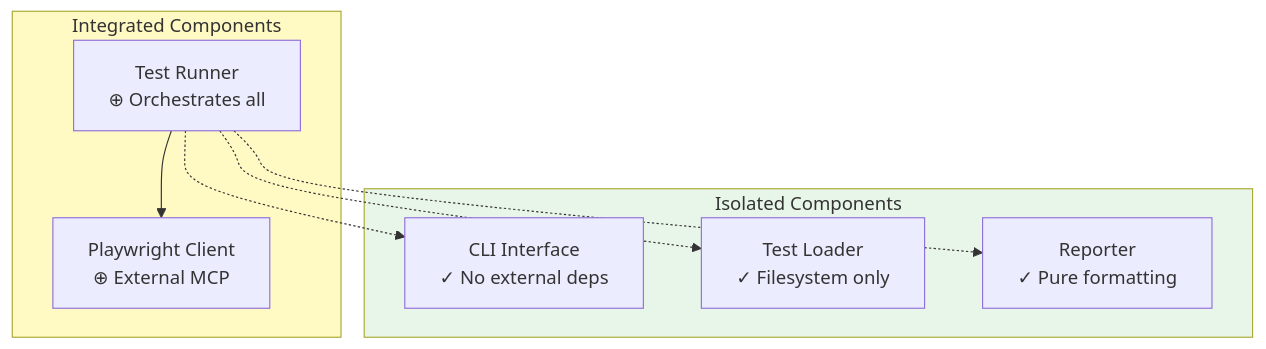
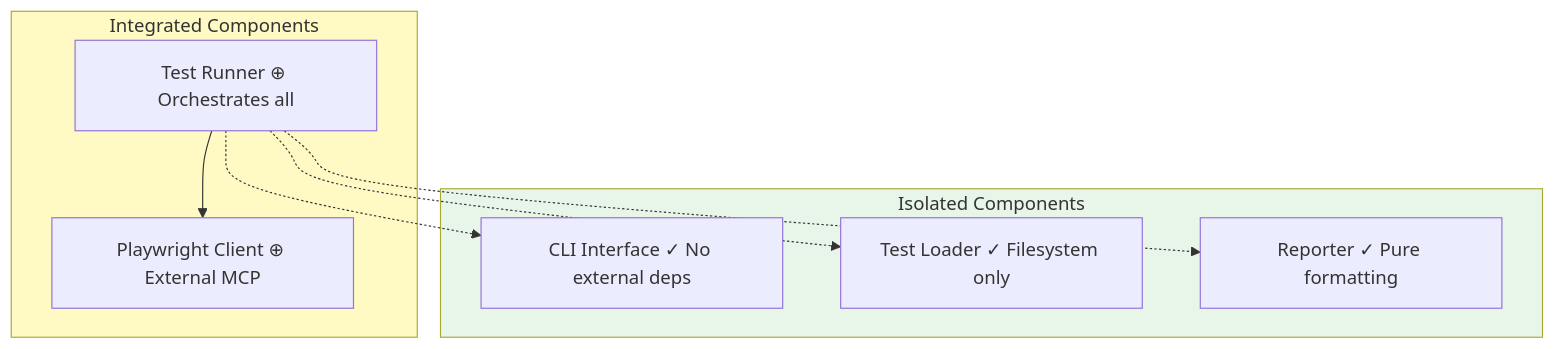
Before and after one commit to softwarewrighter/ui-test-rs: the sixth of 14 diagrams in wiki/Architecture.md, drawn with Mermaid. The commit also changed other lines of this file and 10 other files, not shown here.

First line of the commit message:
Fix wiki Mermaid diagrams: remove <br/> tags

````diff
--- a/wiki/Architecture.md
+++ b/wiki/Architecture.md
@@ -227,21 +227,21 @@
 ```mermaid
 flowchart TB
     subgraph Isolated["Isolated Components"]
-        CLI2[CLI Interface<br/>✓ No external deps]
-        Loader2[Test Loader<br/>✓ Filesystem only]
-        Reporter2[Reporter<br/>✓ Pure formatting]
+        CLI2[CLI Interface ✓ No external deps]
+        Loader2[Test Loader ✓ Filesystem only]
+        Reporter2[Reporter ✓ Pure formatting]
     end
 
     subgraph Integrated["Integrated Components"]
-        Runner2[Test Runner<br/>⊕ Orchestrates all]
-        PW2[Playwright Client<br/>⊕ External MCP]
+        Runner2[Test Runner ⊕ Orchestrates all]
+        PW2[Playwright Client ⊕ External MCP]
     end
 
     Runner2 -.-> CLI2
     Runner2 -.-> Loader2
     Runner2 -.-> Reporter2
     Runner2 --> PW2
 
     style Isolated fill:#e8f5e9
     style Integrated fill:#fff9c4
 ```
````
